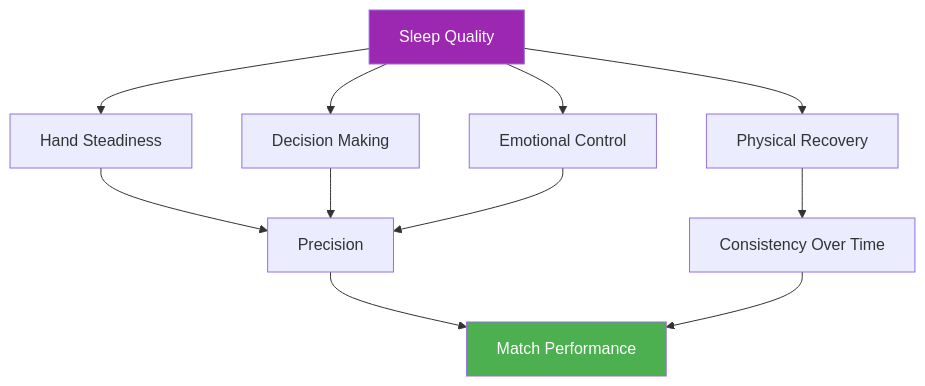
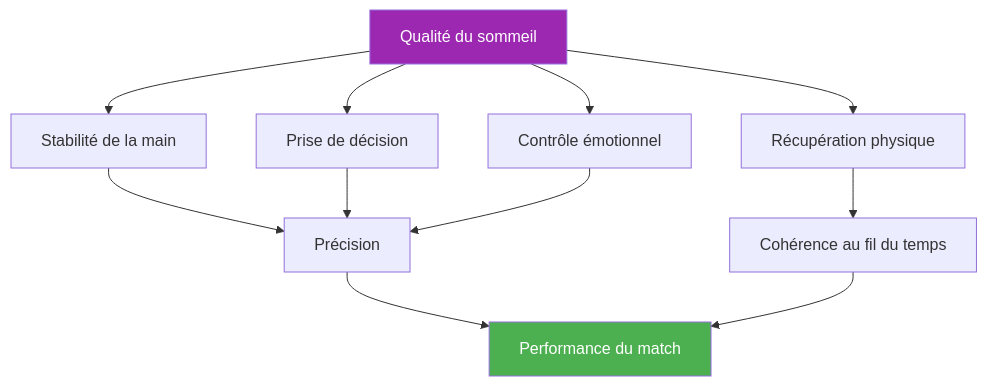
The diagram in docs/fr/education/sleep/index.md (patwii/petanque-academy), drawn with Mermaid before and after one commit. The commit also changed other lines of this file and 550 other files, not shown here.

````diff
--- a/docs/fr/education/sleep/index.md
+++ b/docs/fr/education/sleep/index.md
@@ -70,18 +70,18 @@
 ```mermaid
 flowchart TD
-    A[Sleep Quality] --> B[Hand Steadiness]
-    A --> C[Decision Making]
-    A --> D[Emotional Control]
-    A --> E[Physical Recovery]
+    A[Qualité du sommeil] --> B[Stabilité de la main]
+    A --> C[Prise de décision]
+    A --> D[Contrôle émotionnel]
+    A --> E[Récupération physique]
 
-    B --> F[Precision]
+    B --> F[Précision]
     C --> F
     D --> F
-    E --> G[Consistency Over Time]
+    E --> G[Cohérence au fil du temps]
 
-    F --> H[Match Performance]
+    F --> H[Performance du match]
     G --> H
 
     style A fill:#9C27B0,color:#fff
     style H fill:#4CAF50,color:#fff
 ```
````
